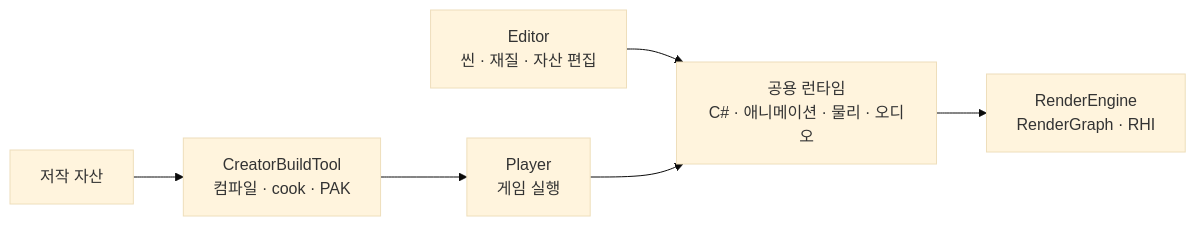
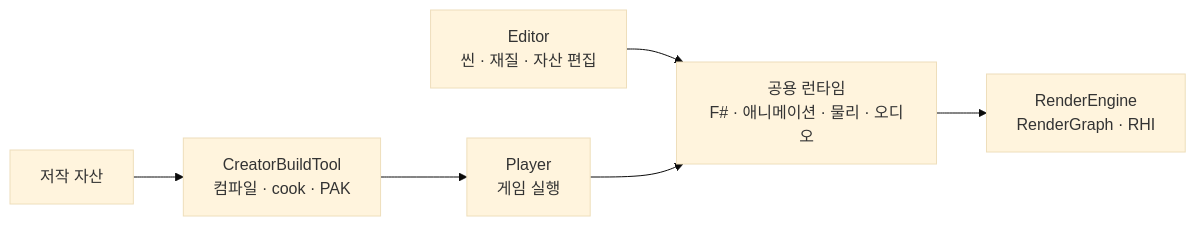
Before and after one commit to 29thnight/CreatorEngine: the diagram in README.md, drawn with Mermaid (base theme). The commit also changed other lines of this file, not shown here.

````diff
--- a/README.md
+++ b/README.md
@@ -82,8 +91,8 @@
 ```mermaid
 flowchart LR
-    Editor["Editor<br/>씬 · 재질 · 자산 편집"] --> Runtime["공용 런타임<br/>C# · 애니메이션 · 물리 · 오디오"]
+    Editor["Editor<br/>씬 · 재질 · 자산 편집"] --> Runtime["공용 런타임<br/>F# · 애니메이션 · 물리 · 오디오"]
     Player["Player<br/>게임 실행"] --> Runtime
     Runtime --> Render["RenderEngine<br/>RenderGraph · RHI"]
     Assets["저작 자산"] --> Build["CreatorBuildTool<br/>컴파일 · cook · PAK"]
     Build --> Player
 ```
````
